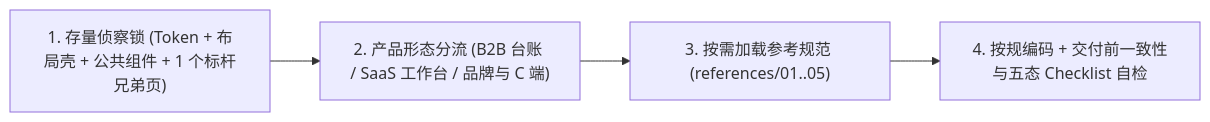
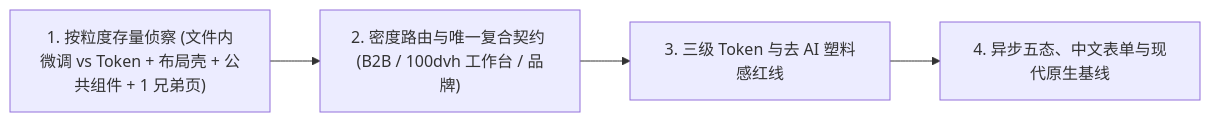
Before and after one commit to lastxuanain/ainward-skills: the diagram in skills/frontend-craft/README.zh-CN.md, drawn with Mermaid. The commit also changed other lines of this file and 25 other files, not shown here.

````diff
--- a/skills/frontend-craft/README.zh-CN.md
+++ b/skills/frontend-craft/README.zh-CN.md
@@ -26,6 +15,6 @@
 ```mermaid
 flowchart LR
-    A["1. 存量侦察锁 (Token + 布局壳 + 公共组件 + 1 个标杆兄弟页)"] --> B["2. 产品形态分流 (B2B 台账 / SaaS 工作台 / 品牌与 C 端)"]
-    B --> C["3. 按需加载参考规范 (references/01..05)"]
-    C --> D["4. 按规编码 + 交付前一致性与五态 Checklist 自检"]
+    A["1. 按粒度存量侦察 (文件内微调 vs Token + 布局壳 + 公共组件 + 1 兄弟页)"] --> B["2. 密度路由与唯一复合契约 (B2B / 100dvh 工作台 / 品牌)"]
+    B --> C["3. 三级 Token 与去 AI 塑料感红线"]
+    C --> D["4. 异步五态、中文表单与现代原生基线"]
 ```
````
